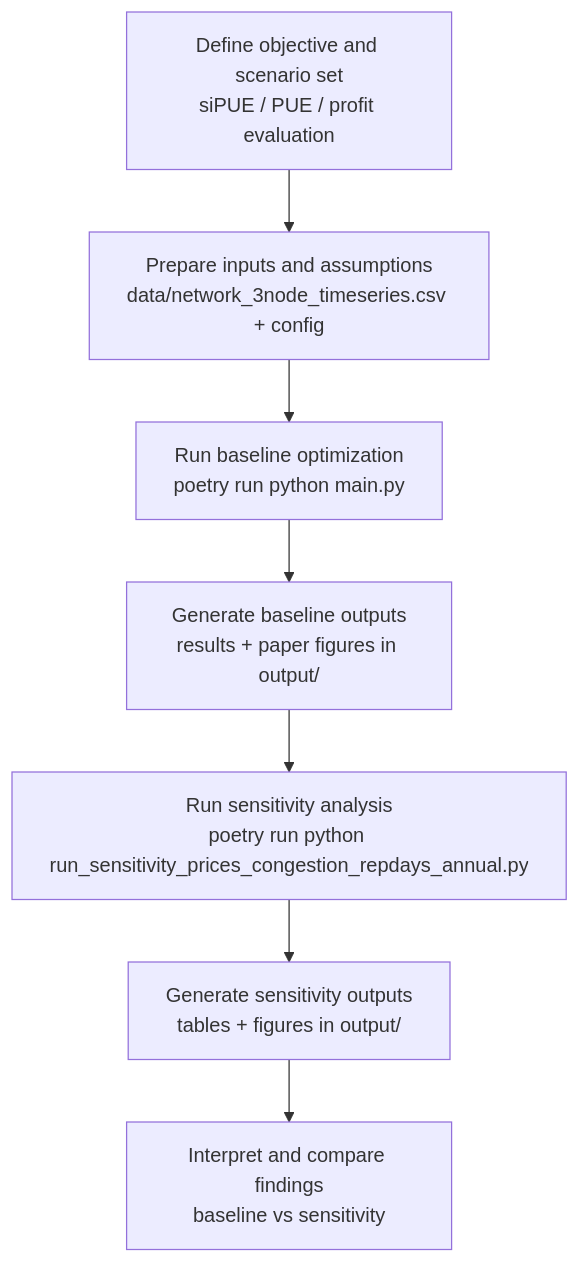
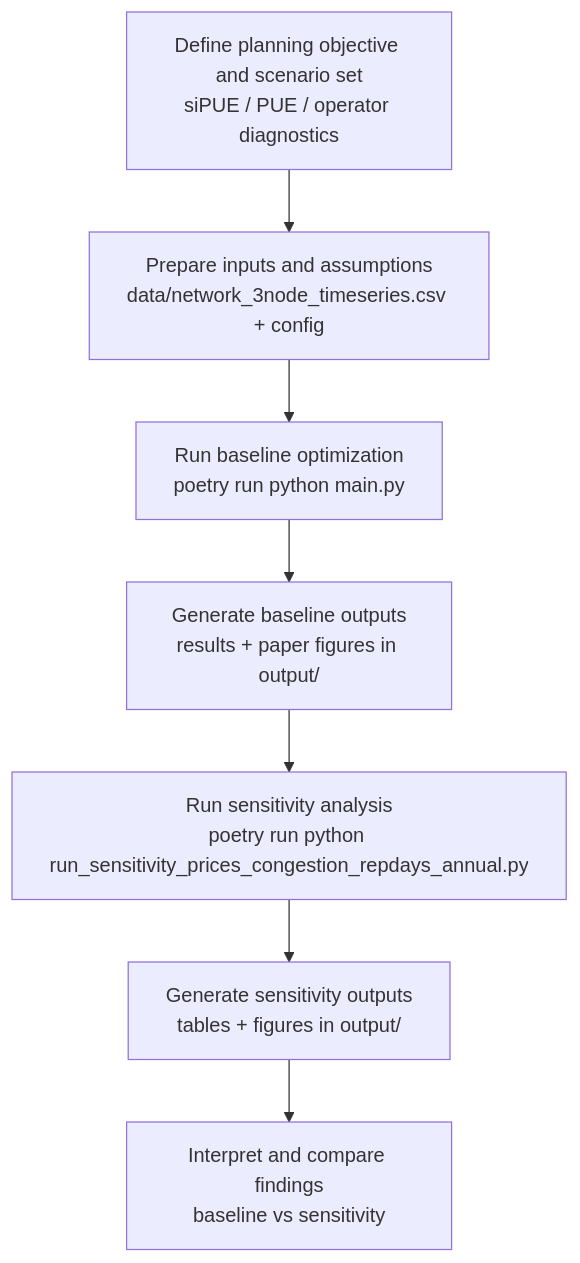
Before and after one commit to sambeets/BRAVE: the diagram in sipue_modelling/README.md, drawn with Mermaid. The commit also changed other lines of this file and 41 other files, not shown here.

Commit message:
Fix siPUE double-counting, add system_minmax objective, drop carbon_minmax

````diff
--- a/sipue_modelling/README.md
+++ b/sipue_modelling/README.md
@@ -62,13 +89,13 @@
 ```mermaid
 flowchart TD
-    A[Define objective and scenario set<br/>siPUE / PUE / profit evaluation]
+    A[Define planning objective and scenario set<br/>siPUE / PUE / operator diagnostics]
     B[Prepare inputs and assumptions<br/>data/network_3node_timeseries.csv + config]
     C[Run baseline optimization<br/>poetry run python main.py]
     D[Generate baseline outputs<br/>results + paper figures in output/]
     E[Run sensitivity analysis<br/>poetry run python run_sensitivity_prices_congestion_repdays_annual.py]
     F[Generate sensitivity outputs<br/>tables + figures in output/]
     G[Interpret and compare findings<br/>baseline vs sensitivity]
 
     A --> B --> C --> D
     D --> E --> F --> G
 ```
````
